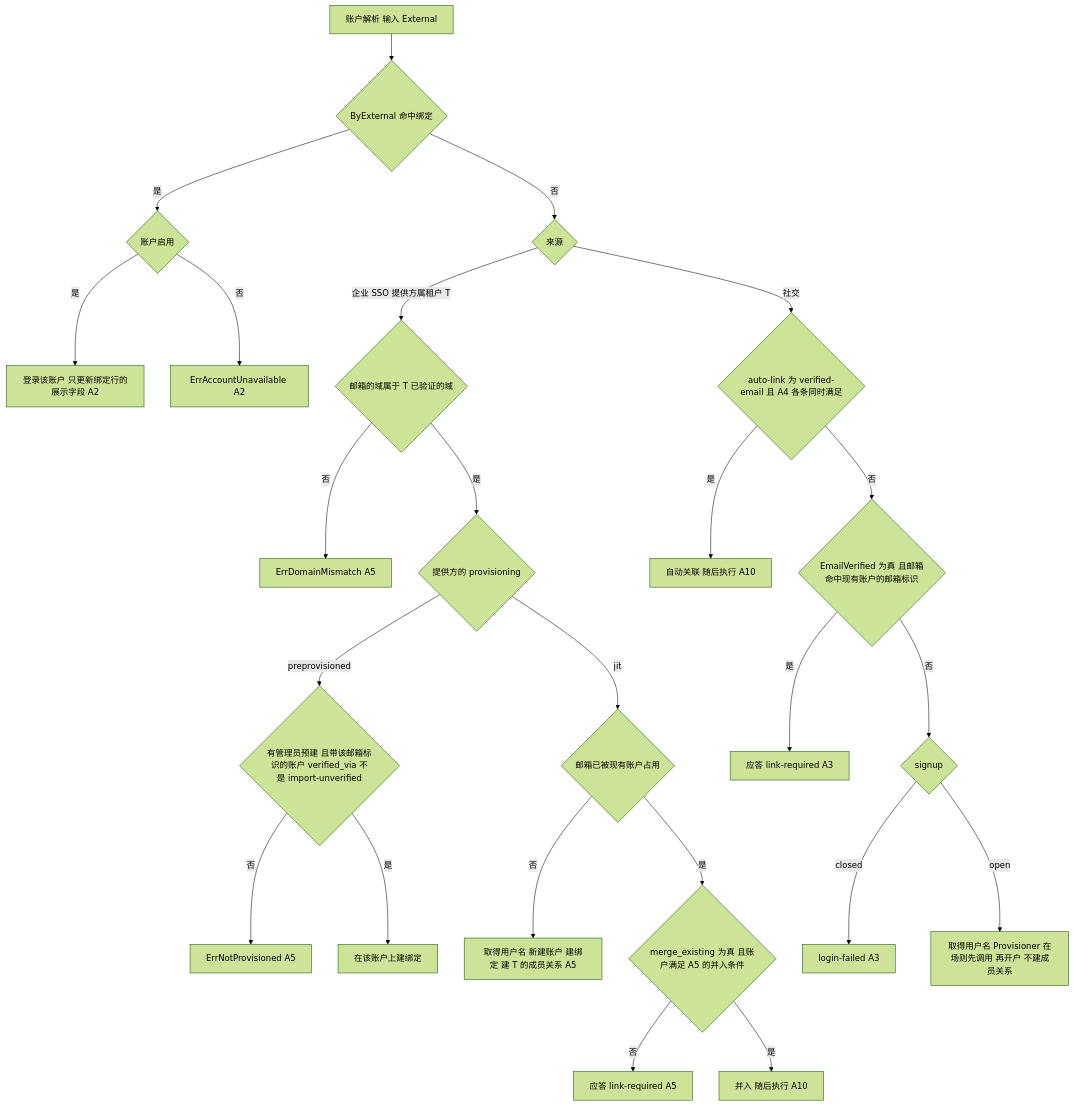
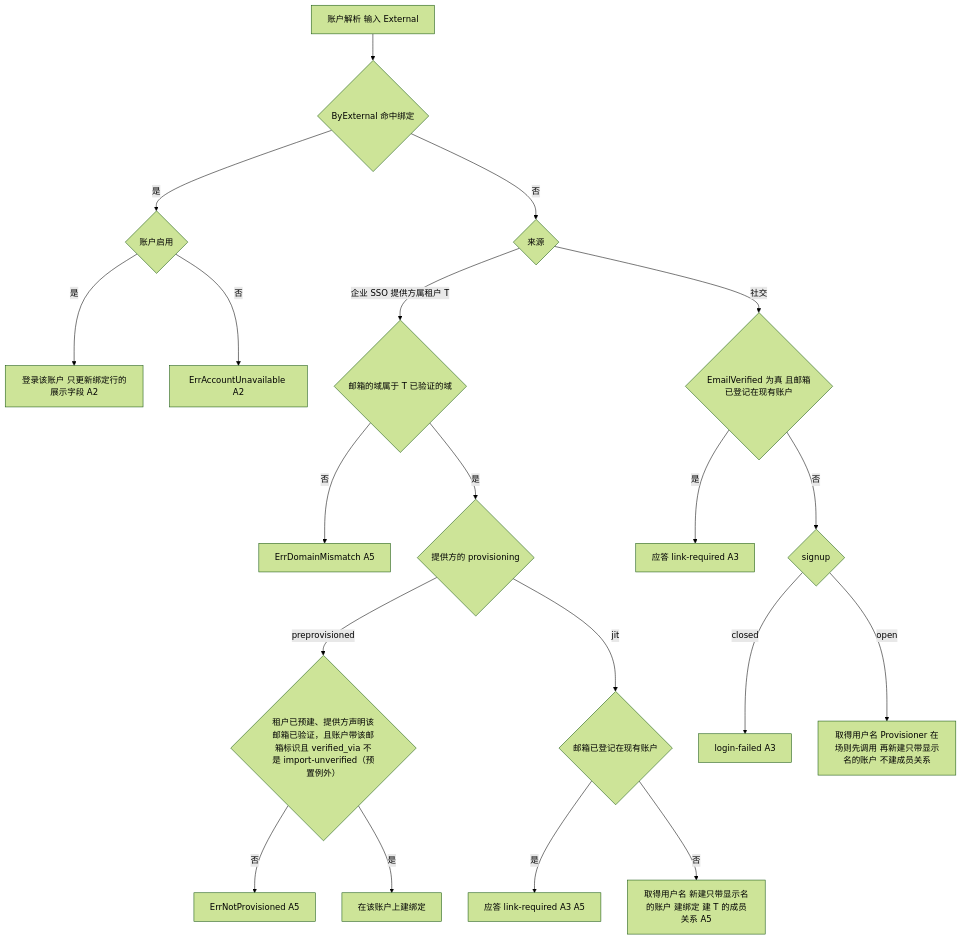
Before and after one commit to wangzw/speed: the fourth of 4 diagrams in docs/design/modules/authn/design-authn-account.md, drawn with Mermaid (forest theme). The commit also changed other lines of this file and 50 other files, not shown here.

````diff
--- a/docs/design/modules/authn/design-authn-account.md
+++ b/docs/design/modules/authn/design-authn-account.md
@@ -724,26 +751,22 @@
 ```mermaid
 flowchart TD
     S["账户解析 输入 External"] --> B{"ByExternal 命中绑定"}
     B -- 是 --> BA{"账户启用"}
     BA -- 是 --> L1["登录该账户 只更新绑定行的展示字段 A2"]
     BA -- 否 --> F1["ErrAccountUnavailable A2"]
     B -- 否 --> P{"来源"}
     P -- "企业 SSO 提供方属租户 T" --> D{"邮箱的域属于 T 已验证的域"}
     D -- 否 --> F2["ErrDomainMismatch A5"]
     D -- 是 --> PV{"提供方的 provisioning"}
-    PV -- preprovisioned --> M1{"有管理员预建 且带该邮箱标识的账户 verified_via 不是 import-unverified"}
+    PV -- preprovisioned --> M1{"租户已预建、提供方声明该邮箱已验证，且账户带该邮箱标识且 verified_via 不是 import-unverified（预置例外）"}
     M1 -- 否 --> F3["ErrNotProvisioned A5"]
     M1 -- 是 --> K1["在该账户上建绑定"]
-    PV -- jit --> J{"邮箱已被现有账户占用"}
-    J -- 否 --> N1["取得用户名 新建账户 建绑定 建 T 的成员关系 A5"]
-    J -- 是 --> MG{"merge_existing 为真 且账户满足 A5 的并入条件"}
-    MG -- 否 --> LR["应答 link-required A5"]
-    MG -- 是 --> MM["并入 随后执行 A10"]
-    P -- 社交 --> SA{"auto-link 为 verified-email 且 A4 各条同时满足"}
-    SA -- 是 --> MM2["自动关联 随后执行 A10"]
-    SA -- 否 --> SB{"EmailVerified 为真 且邮箱命中现有账户的邮箱标识"}
+    PV -- jit --> J{"邮箱已登记在现有账户"}
+    J -- 是 --> LR["应答 link-required A3 A5"]
+    J -- 否 --> N1["取得用户名 新建只带显示名的账户 建绑定 建 T 的成员关系 A5"]
+    P -- 社交 --> SB{"EmailVerified 为真 且邮箱已登记在现有账户"}
     SB -- 是 --> LR2["应答 link-required A3"]
     SB -- 否 --> SC{"signup"}
     SC -- closed --> F4["login-failed A3"]
-    SC -- open --> PR["取得用户名 Provisioner 在场则先调用 再开户 不建成员关系"]
+    SC -- open --> PR["取得用户名 Provisioner 在场则先调用 再新建只带显示名的账户 不建成员关系"]
 ```
````
